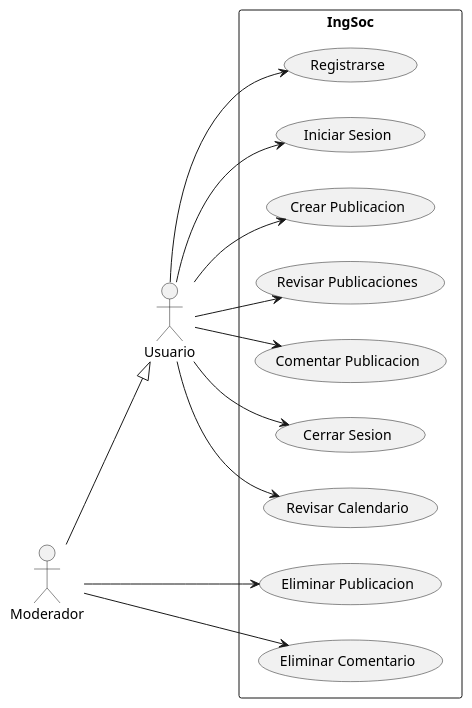
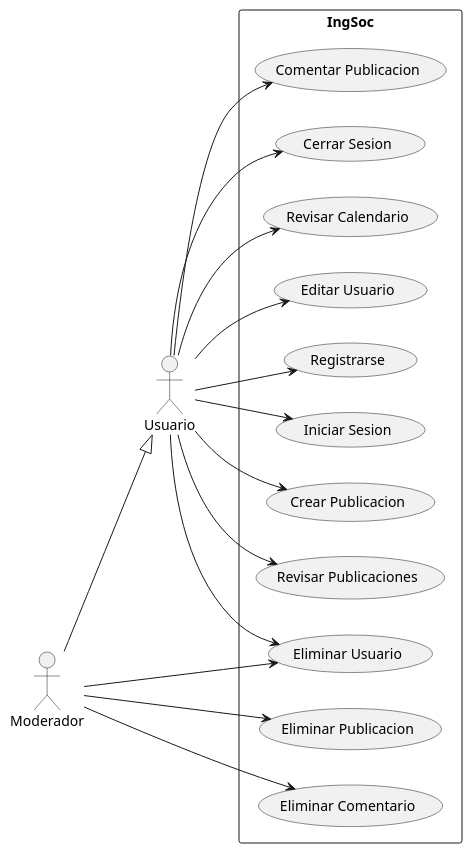
Before and after one commit to MarcosDiaz-10/proyecto-ing: the diagram in reto 9/casosDeUso.plantuml, drawn with PlantUML. The commit also changed 1 other file, not shown here.

Commit message:
CU10 y CU11 Editar y Eliminar Usuario

```diff
--- a/reto 9/casosDeUso.plantuml
+++ b/reto 9/casosDeUso.plantuml
@@ -1,34 +1,38 @@
 @startuml casosDeUso
 left to right direction
 actor "Usuario" as u
 actor "Moderador" as m
 
 
 rectangle IngSoc{
     usecase "Registrarse" as CU1
     usecase "Iniciar Sesion" as CU2
     Usecase "Crear Publicacion" as CU3
     usecase "Revisar Publicaciones" as CU4
     usecase "Comentar Publicacion" as CU5
     usecase "Cerrar Sesion" as CU6
     usecase "Revisar Calendario" as CU7
     usecase "Eliminar Publicacion" as CU8
     usecase "Eliminar Comentario" as CU9
+    usecase "Eliminar Usuario" as CU10
+    usecase "Editar Usuario" as CU11
 }
 
 
 u --> CU1
 u --> CU2
 u --> CU3
 u --> CU4
 u --> CU5
 u --> CU6
 u --> CU7
 m --> CU8
 m --> CU9
-
+u --> CU10
+m --> CU10
+u --> CU11
 
 u <|-up- m
 
 
 @enduml
```
